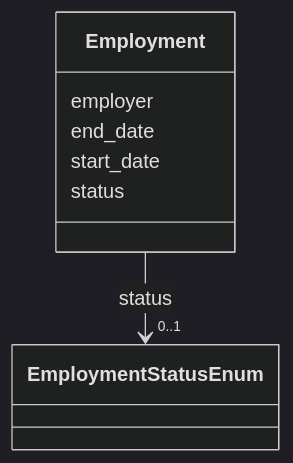
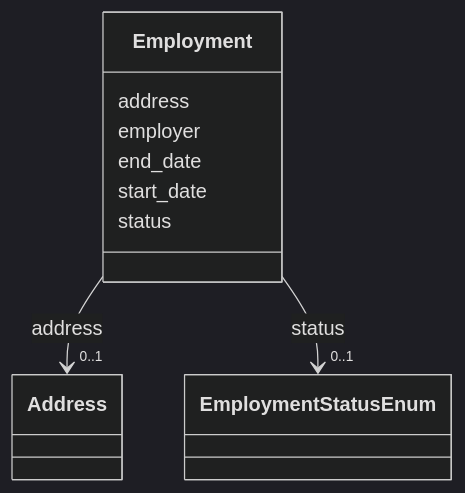
Before and after one commit to meaningfy-ws/er-system: the diagram in docs/schema/Employment.md, drawn with Mermaid (dark theme). The commit also changed other lines of this file and 7 other files, not shown here.

````diff
--- a/docs/schema/Employment.md
+++ b/docs/schema/Employment.md
@@ -13,23 +13,34 @@
 ```mermaid
  classDiagram
     class Employment
     click Employment href "../Employment/"
+      Employment : address
+        
+          
+    
+        
+        
+        Employment --> "0..1" Address : address
+        click Address href "../Address/"
+    
+
+        
       Employment : employer
         
       Employment : end_date
         
       Employment : start_date
         
       Employment : status
         
           
     
         
         
         Employment --> "0..1" EmploymentStatusEnum : status
         click EmploymentStatusEnum href "../EmploymentStatusEnum/"
     
 
         
       
 ```
````
